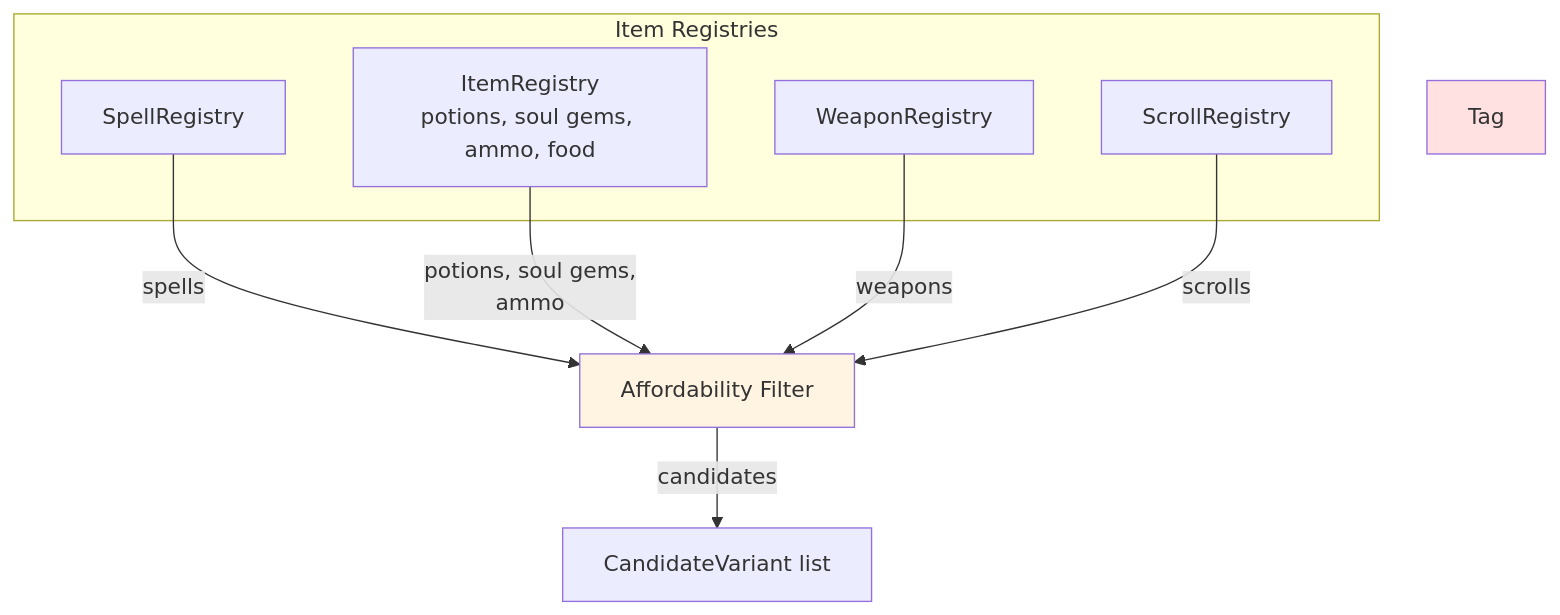
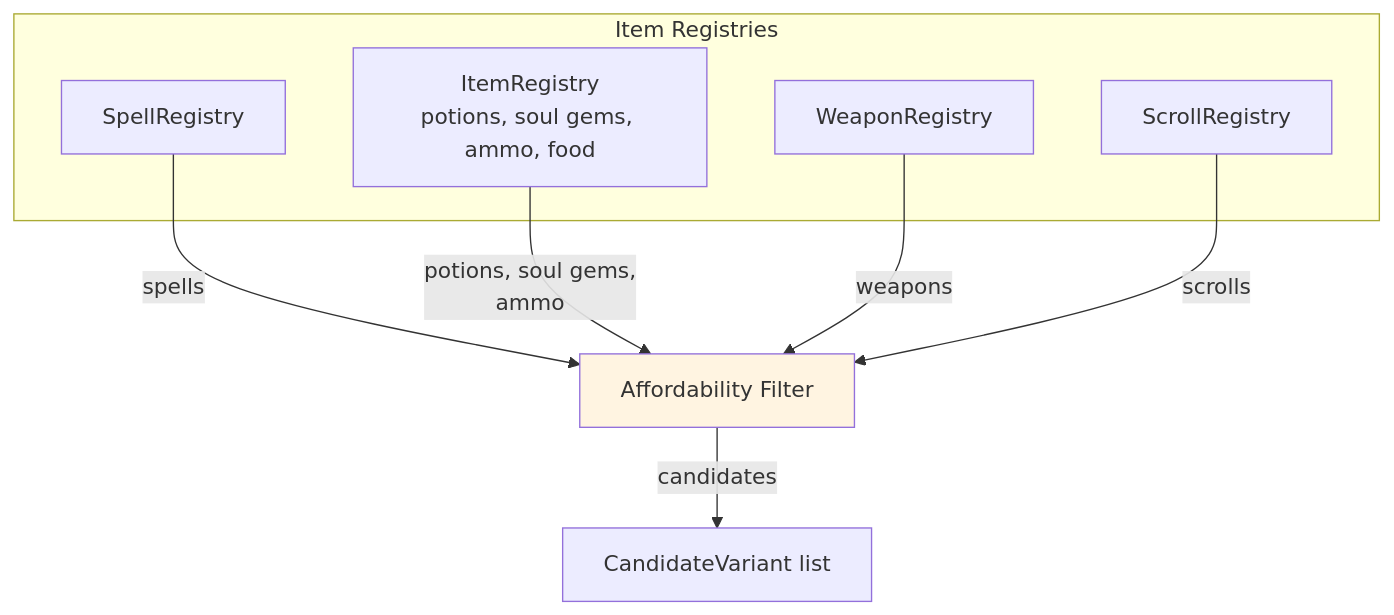
One commit to LandingCrew/huginn changed the fourth of 10 diagrams in docs/architecture/0-pipeline.md. Above: the diagram before and after it, drawn with Mermaid. The commit also changed 8 other files, not shown here.

````diff
--- a/docs/architecture/0-pipeline.md
+++ b/docs/architecture/0-pipeline.md
@@ -276,19 +276,18 @@
 ```mermaid
 graph TB
     subgraph Sources[Item Registries]
         SR[SpellRegistry]
         IR[ItemRegistry<br/>potions, soul gems, ammo, food]
         WR[WeaponRegistry]
         SCR[ScrollRegistry]
     end
 
     SR -->|spells| Filter[Affordability Filter]
     IR -->|potions, soul gems,<br/>ammo| Filter
     WR -->|weapons| Filter
     SCR -->|scrolls| Filter
 
     Filter -->|candidates| Output[CandidateVariant list]
 
     style Filter fill:#fff4e1
-    style Tag fill:#ffe1e1
 ```
````
